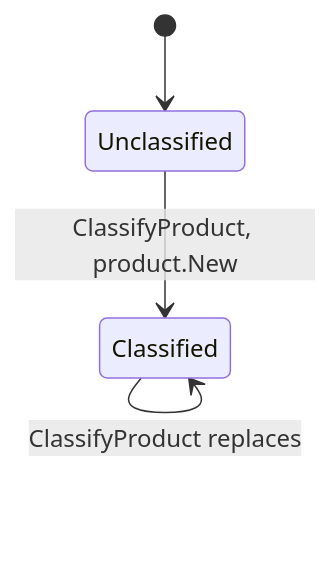
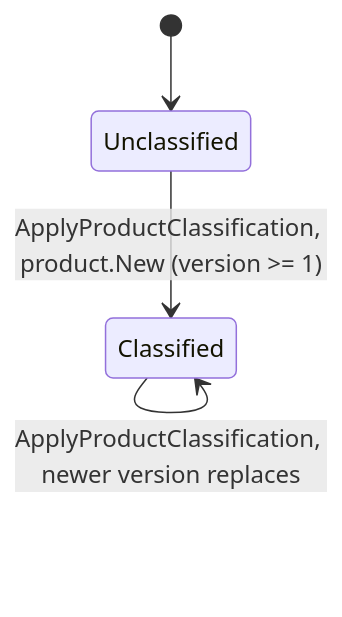
One commit to IQVO/inventory-storage changed the fourth of 4 diagrams in docs/docs/ddd/aggregate-design-canvas.md. Above: the diagram before and after it, drawn with Mermaid. The commit also changed other lines of this file and 14 other files, not shown here.

````diff
--- a/docs/docs/ddd/aggregate-design-canvas.md
+++ b/docs/docs/ddd/aggregate-design-canvas.md
@@ -368,6 +368,6 @@
 ```mermaid
 stateDiagram-v2
     [*] --> Unclassified
-    Unclassified --> Classified: ClassifyProduct, product.New
-    Classified --> Classified: ClassifyProduct replaces
+    Unclassified --> Classified: ApplyProductClassification, product.New (version >= 1)
+    Classified --> Classified: ApplyProductClassification, newer version replaces
 ```
````
